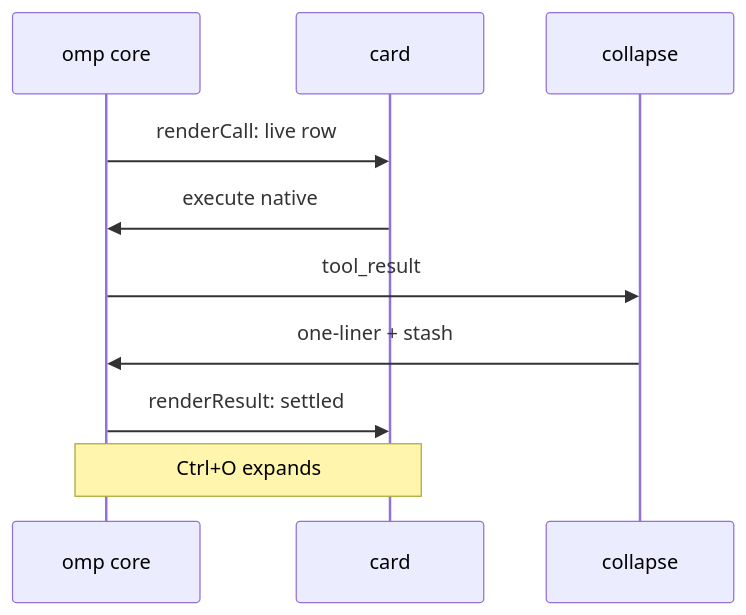
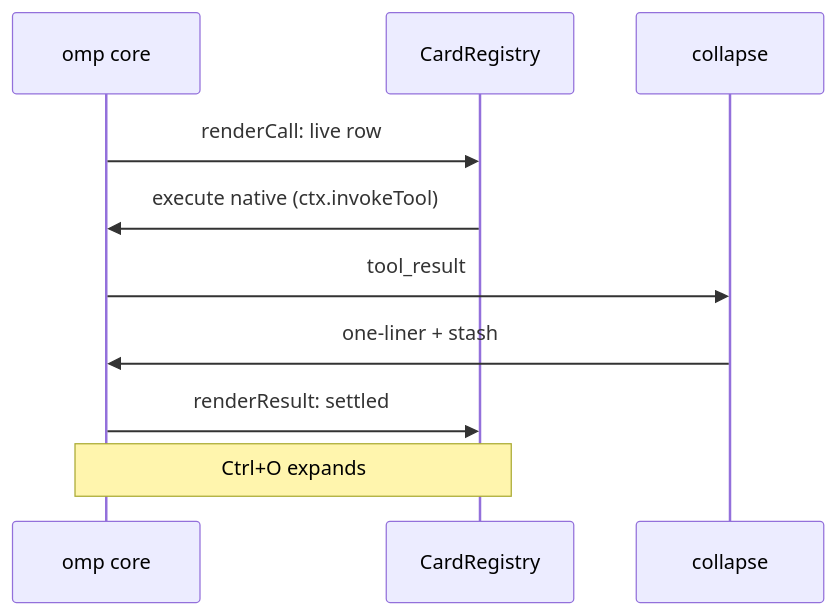
Before and after one commit to pham93/omp-minimal-output: the second of 4 diagrams in docs/SSD.md, drawn with Mermaid. The commit also changed other lines of this file and 47 other files, not shown here.

````diff
--- a/docs/SSD.md
+++ b/docs/SSD.md
@@ -69,12 +77,12 @@
 ```mermaid
 sequenceDiagram
     participant Core as omp core
-    participant Card as card
+    participant Reg as CardRegistry
     participant Collapse as collapse
-    Core->>Card: renderCall: live row
-    Card->>Core: execute native
+    Core->>Reg: renderCall: live row
+    Reg->>Core: execute native (ctx.invokeTool)
     Core->>Collapse: tool_result
     Collapse->>Core: one-liner + stash
-    Core->>Card: renderResult: settled
-    Note over Core,Card: Ctrl+O expands
+    Core->>Reg: renderResult: settled
+    Note over Core,Reg: Ctrl+O expands
 ```
````
